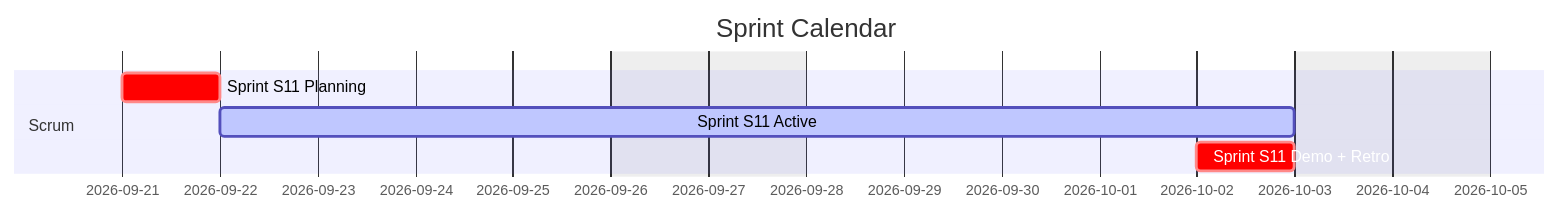
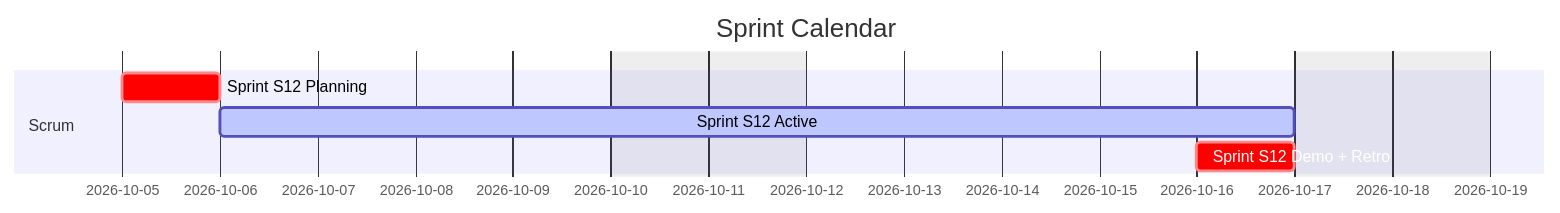
One commit to Katty-Fashion/kf-cpto changed the first of 2 diagrams in docs/index.md. Above: the diagram before and after it, drawn with Mermaid. The commit also changed 16 other files, not shown here.

````diff
--- a/docs/index.md
+++ b/docs/index.md
@@ -61,11 +61,11 @@
 ```mermaid
 gantt
     title Sprint Calendar
     dateFormat YYYY-MM-DD
     excludes weekends
 
     section Scrum
-    Sprint S11 Planning        :crit, 2026-09-21, 1d
-    Sprint S11 Active          :active, 2026-09-22, 9d
-    Sprint S11 Demo + Retro    :crit, 2026-10-02, 1d
+    Sprint S12 Planning        :crit, 2026-10-05, 1d
+    Sprint S12 Active          :active, 2026-10-06, 9d
+    Sprint S12 Demo + Retro    :crit, 2026-10-16, 1d
 ```
````
